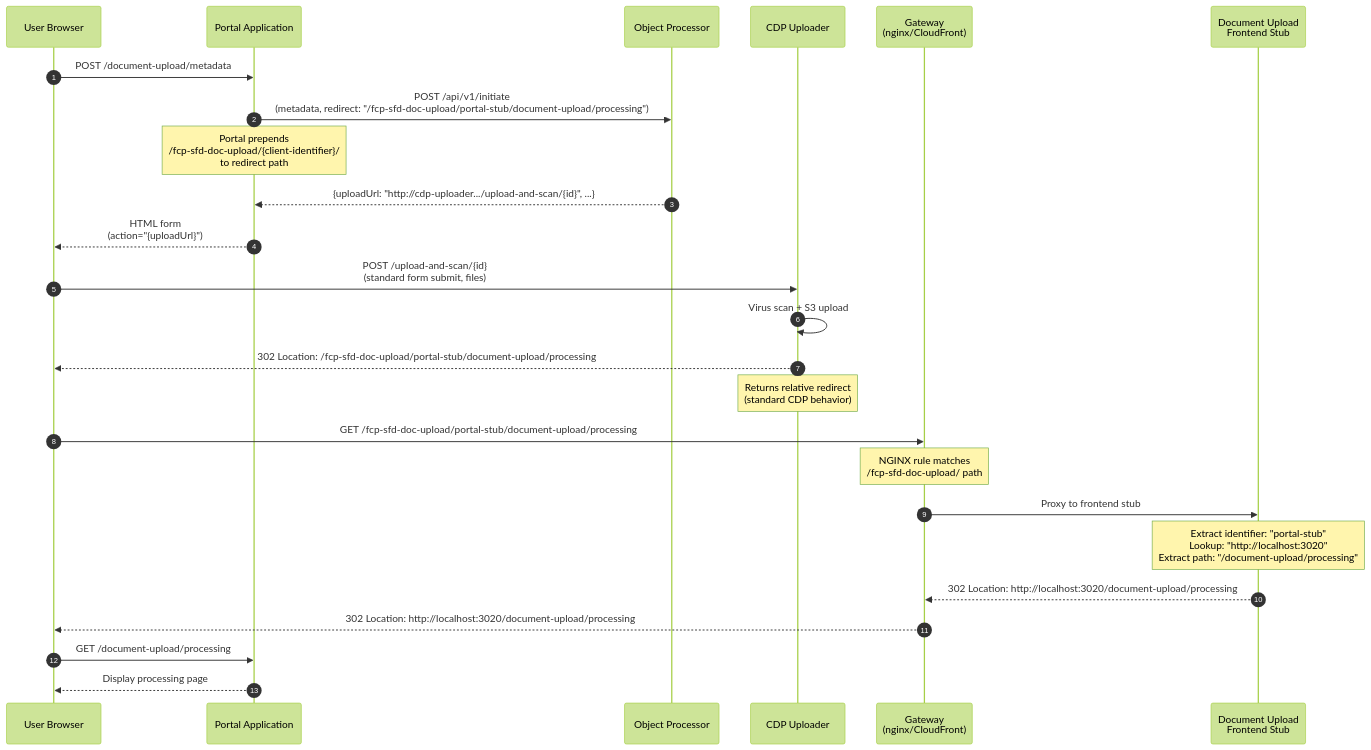
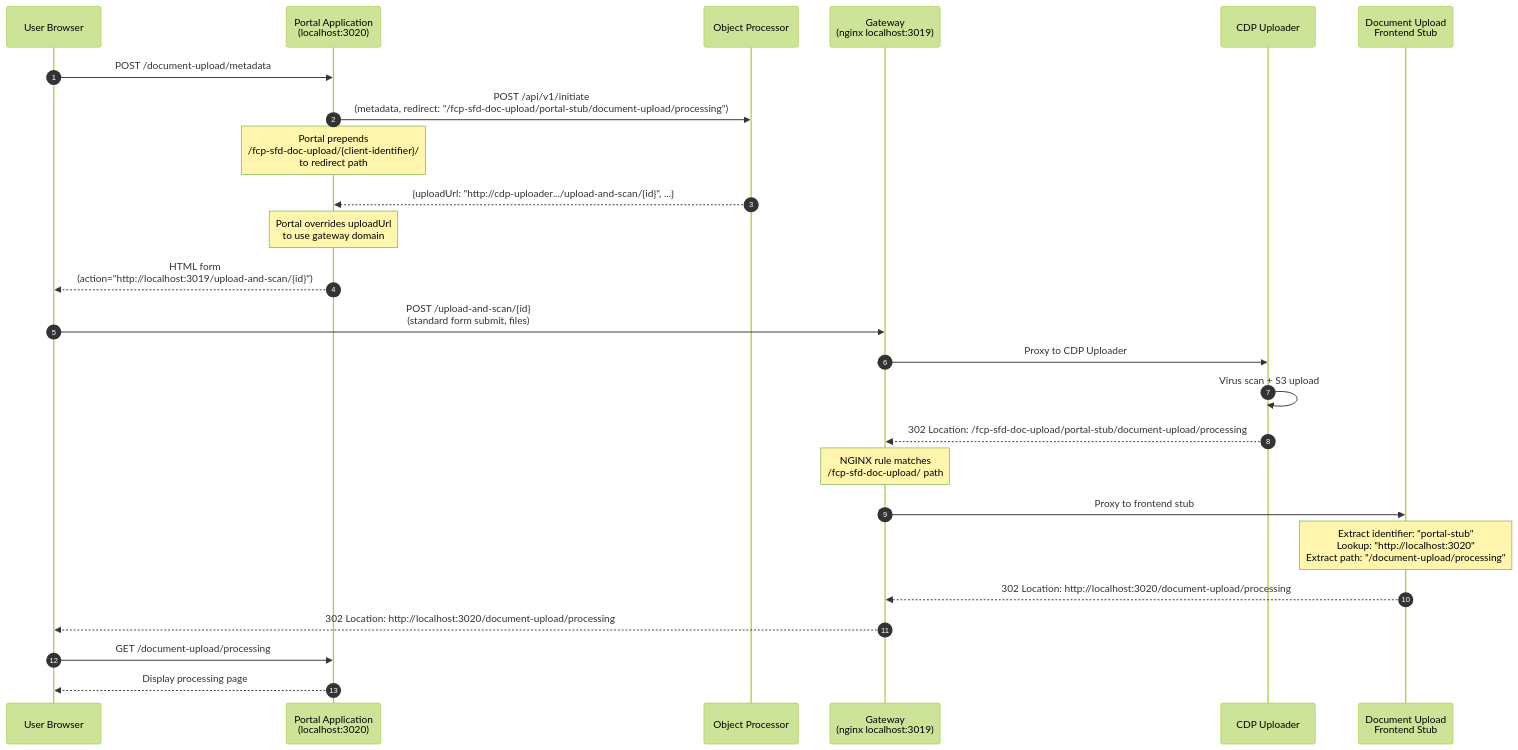
One commit to DEFRA/fcp-sfd-portal-stub changed the second of 3 diagrams in README.md. Above: the diagram before and after it, drawn with Mermaid (forest theme). The commit also changed other lines of this file and 2 other files, not shown here.

````diff
--- a/README.md
+++ b/README.md
@@ -295,31 +314,30 @@
 ```mermaid
 sequenceDiagram
     autonumber
     participant Browser as User Browser
-    participant Portal as Portal Application
+    participant Portal as Portal Application<br/>(localhost:3020)
     participant Processor as Object Processor
+    participant Gateway as Gateway<br/>(nginx localhost:3019)
     participant Uploader as CDP Uploader
-    participant Gateway as Gateway<br/>(nginx/CloudFront)
     participant Frontend as Document Upload<br/>Frontend Stub
 
     Browser->>Portal: POST /document-upload/metadata
     Portal->>Processor: POST /api/v1/initiate<br/>(metadata, redirect: "/fcp-sfd-doc-upload/portal-stub/document-upload/processing")
     Note over Portal: Portal prepends<br/>/fcp-sfd-doc-upload/{client-identifier}/<br/>to redirect path
     Processor-->>Portal: {uploadUrl: "http://cdp-uploader.../upload-and-scan/{id}", ...}
-    Portal-->>Browser: HTML form<br/>(action="{uploadUrl}")
+    Note over Portal: Portal overrides uploadUrl<br/>to use gateway domain
+    Portal-->>Browser: HTML form<br/>(action="http://localhost:3019/upload-and-scan/{id}")
     
-    Browser->>Uploader: POST /upload-and-scan/{id}<br/>(standard form submit, files)
+    Browser->>Gateway: POST /upload-and-scan/{id}<br/>(standard form submit, files)
+    Gateway->>Uploader: Proxy to CDP Uploader
     Uploader->>Uploader: Virus scan + S3 upload
-    Uploader-->>Browser: 302 Location: /fcp-sfd-doc-upload/portal-stub/document-upload/processing
-    Note over Uploader: Returns relative redirect<br/>(standard CDP behavior)
-    
-    Browser->>Gateway: GET /fcp-sfd-doc-upload/portal-stub/document-upload/processing
+    Uploader-->>Gateway: 302 Location: /fcp-sfd-doc-upload/portal-stub/document-upload/processing
     Note over Gateway: NGINX rule matches<br/>/fcp-sfd-doc-upload/ path
     Gateway->>Frontend: Proxy to frontend stub
     Note over Frontend: Extract identifier: "portal-stub"<br/>Lookup: "http://localhost:3020"<br/>Extract path: "/document-upload/processing"
     Frontend-->>Gateway: 302 Location: http://localhost:3020/document-upload/processing
     Gateway-->>Browser: 302 Location: http://localhost:3020/document-upload/processing
     
     Browser->>Portal: GET /document-upload/processing
     Portal-->>Browser: Display processing page
 ```
````
